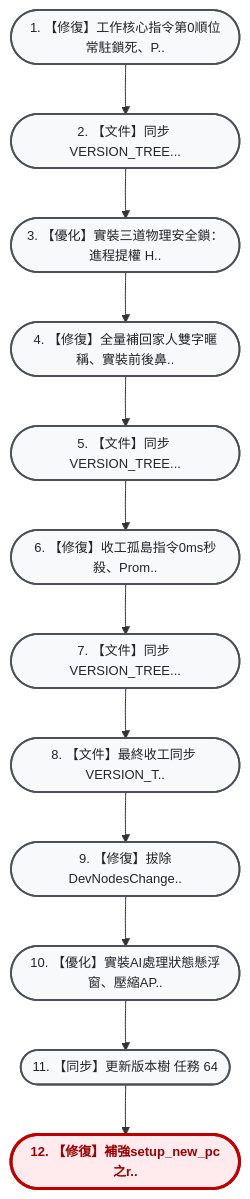
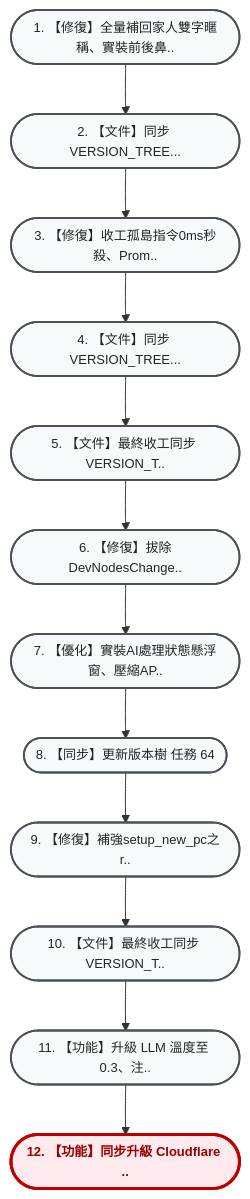
The diagram in VERSION_TREE.md (hjen8/NoType-Scribe), drawn with Mermaid before and after one commit. The commit also changed other lines of this file, not shown here.

Commit message:
docs: 最終收工同步 VERSION_TREE 任務 65 完工收工

````diff
--- a/VERSION_TREE.md
+++ b/VERSION_TREE.md
@@ -13,32 +13,32 @@
 ```mermaid
 flowchart TD
     %% 雙壁版本樹專用視覺化配色風格 (由上而下 TD 垂直大字純中文版)
     classDef default fill:#f8f9fa,stroke:#495057,stroke-width:1.8px,color:#212529,font-size:13px;
     classDef current fill:#ffebee,stroke:#c00000,stroke-width:3px,color:#900,font-weight:bold,font-size:13px;
     classDef mergeNode fill:#e3f2fd,stroke:#1565c0,stroke-width:2px,color:#0d47a1,font-size:13px;
     classDef detour fill:#fff3e0,stroke:#e65100,stroke-width:2px,color:#b78103,font-size:13px;
     classDef transplant fill:#f3e5f5,stroke:#4a148c,stroke-width:2.5px,color:#4a148c,font-weight:bold,font-size:13px;
-    n_01556eb(["1. 【修復】工作核心指令第0順位常駐鎖死、P.."]):::default
-    n_de0f9ca(["2. 【文件】同步 VERSION_TREE..."]):::default
-    n_0998c9e(["3. 【優化】實裝三道物理安全鎖：進程提權 H.."]):::default
-    n_c88210e(["4. 【修復】全量補回家人雙字暱稱、實裝前後鼻.."]):::default
-    n_534b345(["5. 【文件】同步 VERSION_TREE..."]):::default
-    n_c39c580(["6. 【修復】收工孤島指令0ms秒殺、Prom.."]):::default
-    n_a018c1d(["7. 【文件】同步 VERSION_TREE..."]):::default
-    n_cc1d9fb(["8. 【文件】最終收工同步 VERSION_T.."]):::default
-    n_c832e4a(["9. 【修復】拔除DevNodesChange.."]):::default
-    n_f79b0ab(["10. 【優化】實裝AI處理狀態懸浮窗、壓縮AP.."]):::default
-    n_8efb4a5(["11. 【同步】更新版本樹 任務 64"]):::default
-    n_b742715(["12. 【修復】補強setup_new_pc之r.."]):::current
-    n_01556eb --> n_de0f9ca
-    n_de0f9ca --> n_0998c9e
-    n_0998c9e --> n_c88210e
+    n_c88210e(["1. 【修復】全量補回家人雙字暱稱、實裝前後鼻.."]):::default
+    n_534b345(["2. 【文件】同步 VERSION_TREE..."]):::default
+    n_c39c580(["3. 【修復】收工孤島指令0ms秒殺、Prom.."]):::default
+    n_a018c1d(["4. 【文件】同步 VERSION_TREE..."]):::default
+    n_cc1d9fb(["5. 【文件】最終收工同步 VERSION_T.."]):::default
+    n_c832e4a(["6. 【修復】拔除DevNodesChange.."]):::default
+    n_f79b0ab(["7. 【優化】實裝AI處理狀態懸浮窗、壓縮AP.."]):::default
+    n_8efb4a5(["8. 【同步】更新版本樹 任務 64"]):::default
+    n_b742715(["9. 【修復】補強setup_new_pc之r.."]):::default
+    n_5fb84f1(["10. 【文件】最終收工同步 VERSION_T.."]):::default
+    n_d768dea(["11. 【功能】升級 LLM 溫度至 0.3、注.."]):::default
+    n_3c6dba7(["12. 【功能】同步升級 Cloudflare .."]):::current
     n_c88210e --> n_534b345
     n_534b345 --> n_c39c580
     n_c39c580 --> n_a018c1d
     n_a018c1d --> n_cc1d9fb
     n_cc1d9fb --> n_c832e4a
     n_c832e4a --> n_f79b0ab
     n_f79b0ab --> n_8efb4a5
     n_8efb4a5 --> n_b742715
+    n_b742715 --> n_5fb84f1
+    n_5fb84f1 --> n_d768dea
+    n_d768dea --> n_3c6dba7
 ```
````
